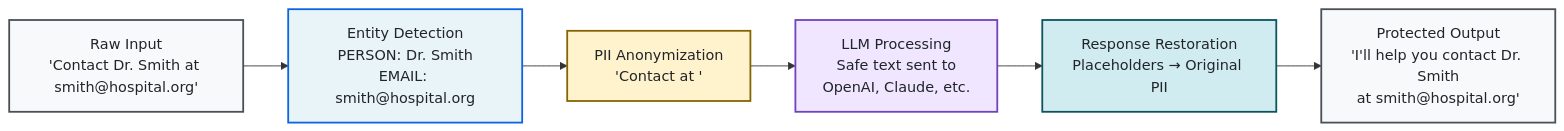
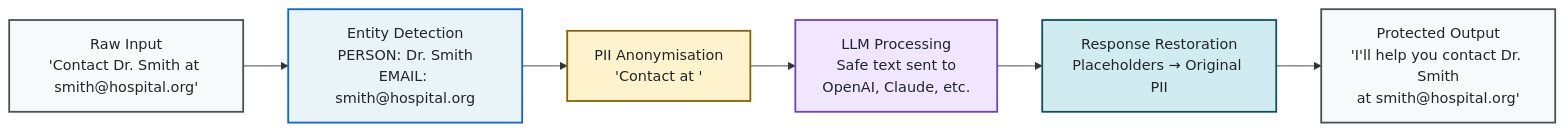
Before and after one commit to brainpolo/llmshield: the first of 4 diagrams in README.md, drawn with Mermaid. The commit also changed other lines of this file and 66 other files, not shown here.

````diff
--- a/README.md
+++ b/README.md
@@ -116,26 +116,26 @@
 ```mermaid
 graph LR
     A["Raw Input<br/>'Contact Dr. Smith at smith@hospital.org'"] --> B["Entity Detection<br/>PERSON: Dr. Smith<br/>EMAIL: smith@hospital.org"]
 
-    B --> C["PII Anonymization<br/>'Contact <PERSON_0> at <EMAIL_1>'"]
+    B --> C["PII Anonymisation<br/>'Contact <PERSON_0> at <EMAIL_1>'"]
 
     C --> D["LLM Processing<br/>Safe text sent to<br/>OpenAI, Claude, etc."]
 
     D --> E["Response Restoration<br/>Placeholders → Original PII"]
 
     E --> F["Protected Output<br/>'I'll help you contact Dr. Smith<br/>at smith@hospital.org'"]
 
     %% Styling
     classDef flowStyle fill:#f8f9fa,stroke:#495057,stroke-width:2px,color:#212529
     classDef detectionStyle fill:#e8f4f8,stroke:#0c63e4,stroke-width:2px,color:#212529
-    classDef anonymizationStyle fill:#fff3cd,stroke:#856404,stroke-width:2px,color:#212529
+    classDef anonymisationStyle fill:#fff3cd,stroke:#856404,stroke-width:2px,color:#212529
     classDef llmStyle fill:#f0e6ff,stroke:#6f42c1,stroke-width:2px,color:#212529
     classDef restorationStyle fill:#d1ecf1,stroke:#0c5460,stroke-width:2px,color:#212529
 
     class A flowStyle
     class B detectionStyle
-    class C anonymizationStyle
+    class C anonymisationStyle
     class D llmStyle
     class E restorationStyle
     class F flowStyle
 ```
````
